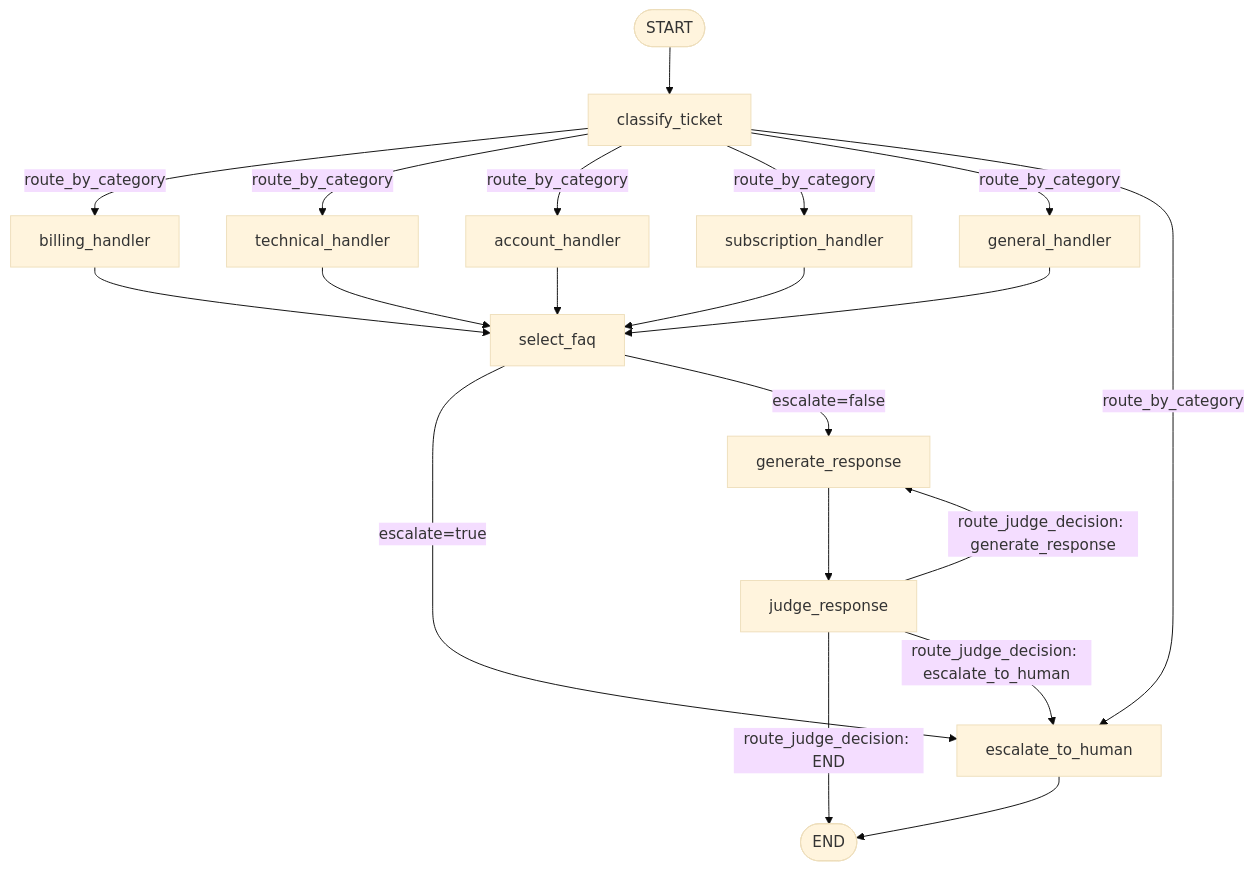
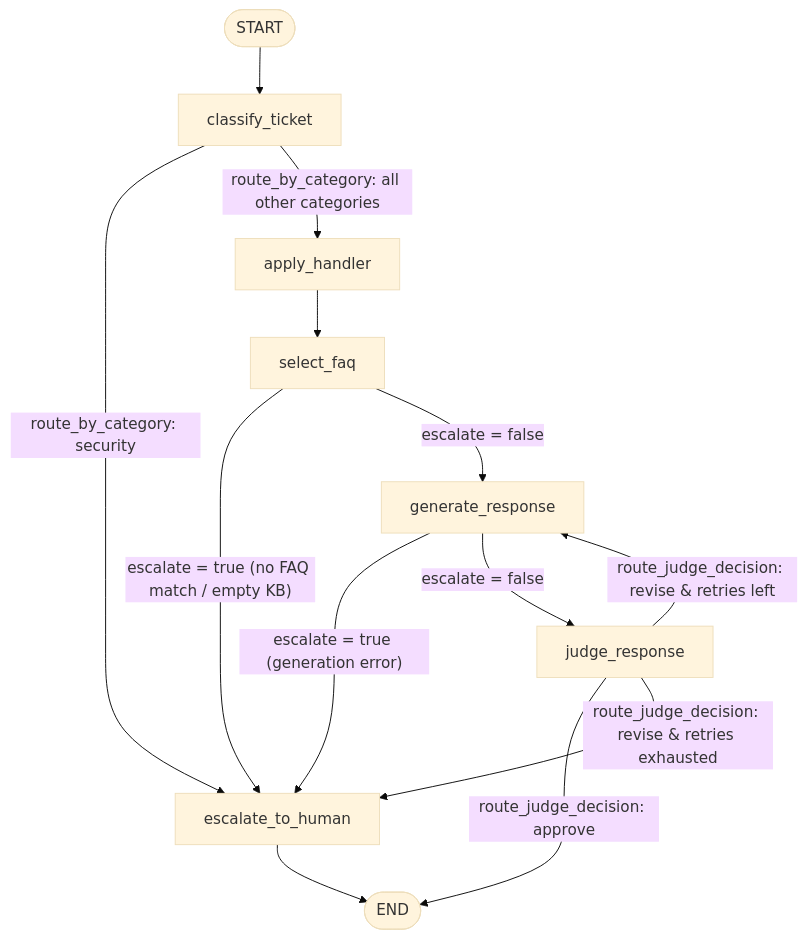
The first of 2 diagrams in docs/workflow_graph.md (Aviralkumar2003/AI-Support-ticket), drawn with Mermaid (base theme) before and after one commit. The commit also changed other lines of this file and 31 other files, not shown here.

````diff
--- a/docs/workflow_graph.md
+++ b/docs/workflow_graph.md
@@ -5,28 +11,21 @@
 ```mermaid
 flowchart TD
     START([START]) --> classify_ticket
 
-    classify_ticket -- route_by_category --> billing_handler
-    classify_ticket -- route_by_category --> technical_handler
-    classify_ticket -- route_by_category --> account_handler
-    classify_ticket -- route_by_category --> subscription_handler
-    classify_ticket -- route_by_category --> general_handler
-    classify_ticket -- route_by_category --> escalate_to_human
+    classify_ticket -- "route_by_category: security" --> escalate_to_human
+    classify_ticket -- "route_by_category: all other categories" --> apply_handler
 
-    billing_handler --> select_faq
-    technical_handler --> select_faq
-    account_handler --> select_faq
-    subscription_handler --> select_faq
-    general_handler --> select_faq
+    apply_handler --> select_faq
 
-    select_faq -- escalate=true --> escalate_to_human
-    select_faq -- escalate=false --> generate_response
+    select_faq -- "escalate = true (no FAQ match / empty KB)" --> escalate_to_human
+    select_faq -- "escalate = false" --> generate_response
 
-    generate_response --> judge_response
+    generate_response -- "escalate = true (generation error)" --> escalate_to_human
+    generate_response -- "escalate = false" --> judge_response
 
-    judge_response -- route_judge_decision: END --> END([END])
-    judge_response -- route_judge_decision: generate_response --> generate_response
-    judge_response -- route_judge_decision: escalate_to_human --> escalate_to_human
+    judge_response -- "route_judge_decision: approve" --> END([END])
+    judge_response -- "route_judge_decision: revise & retries left" --> generate_response
+    judge_response -- "route_judge_decision: revise & retries exhausted" --> escalate_to_human
 
     escalate_to_human --> END
 ```
````
